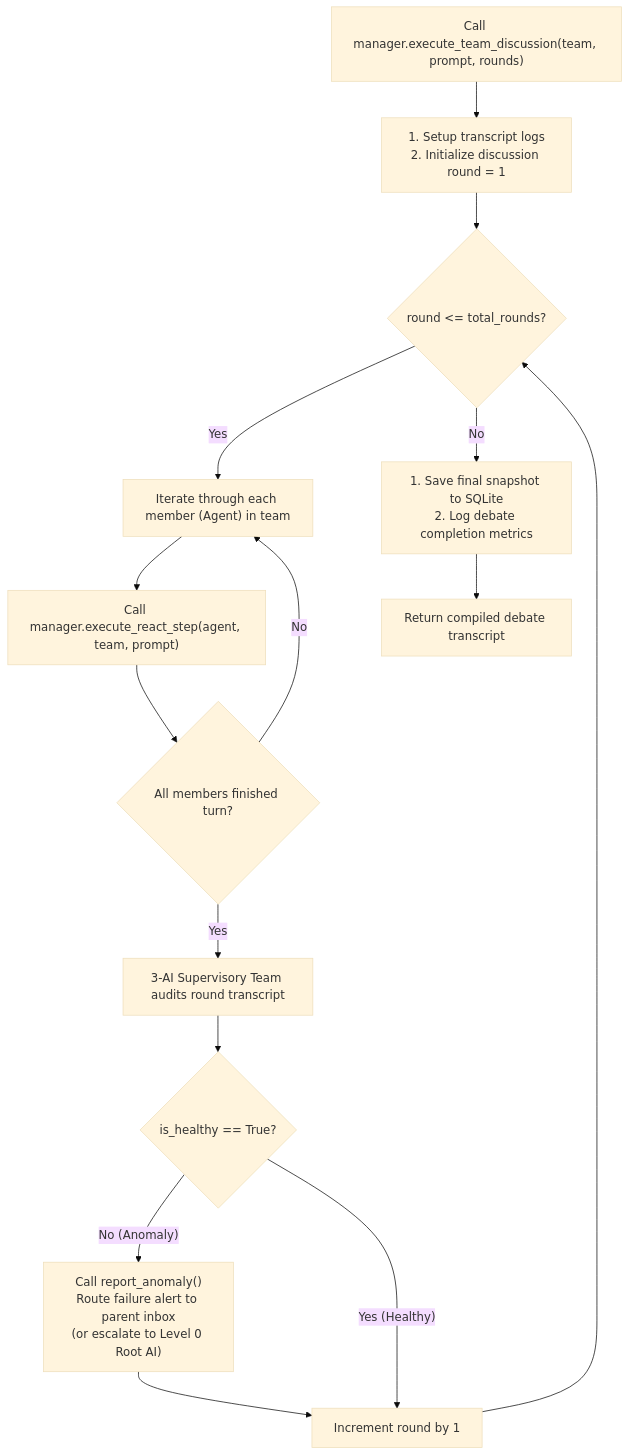
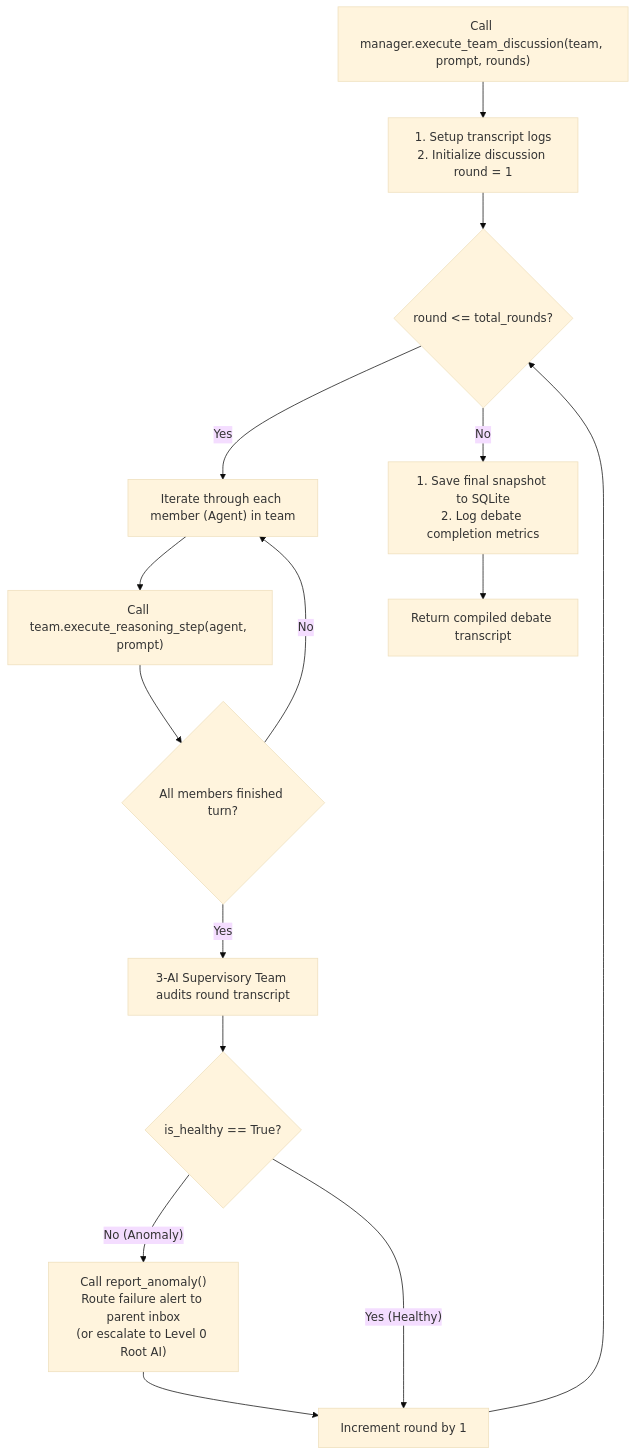
The first of 2 diagrams in docs/flowcharts/Execution_Loop.md (AI-Team-Team/AI-Team-Team), drawn with Mermaid (base theme) before and after one commit. The commit also changed other lines of this file and 23 other files, not shown here.

````diff
--- a/docs/flowcharts/Execution_Loop.md
+++ b/docs/flowcharts/Execution_Loop.md
@@ -9,27 +9,27 @@
 ```mermaid
 flowchart TD
     Start["Call manager.execute_team_discussion(team, prompt, rounds)"] --> Init["1. Setup transcript logs\n2. Initialize discussion round = 1"]
     
     Init --> LoopRounds{"round <= total_rounds?"}
     
     LoopRounds -- "Yes" --> MemberIteration["Iterate through each member (Agent) in team"]
     
-    MemberIteration --> RunAgentStep["Call manager.execute_react_step(agent, team, prompt)"]
+    MemberIteration --> RunAgentStep["Call team.execute_reasoning_step(agent, prompt)"]
     
     RunAgentStep --> NextMember{"All members finished turn?"}
     NextMember -- "No" --> MemberIteration
     
     NextMember -- "Yes" --> SupervisoryAudit["3-AI Supervisory Team audits round transcript"]
     
     SupervisoryAudit --> AuditResult{"is_healthy == True?"}
     
     AuditResult -- "No (Anomaly)" --> ReportAnomaly["Call report_anomaly()\nRoute failure alert to parent inbox\n(or escalate to Level 0 Root AI)"]
     ReportAnomaly --> IncrementRound["Increment round by 1"]
     
     AuditResult -- "Yes (Healthy)" --> IncrementRound
     
     IncrementRound --> LoopRounds
     
     LoopRounds -- "No" --> FinalizeState["1. Save final snapshot to SQLite\n2. Log debate completion metrics"]
     FinalizeState --> End["Return compiled debate transcript"]
 ```
````
